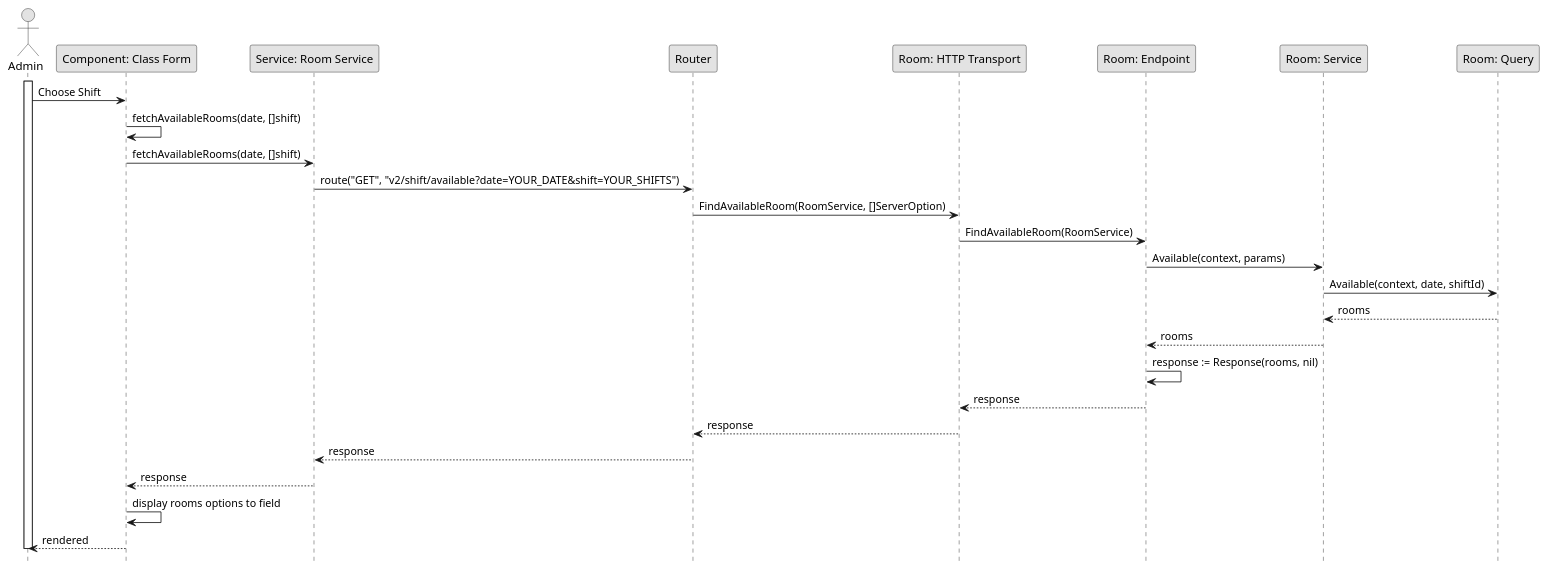
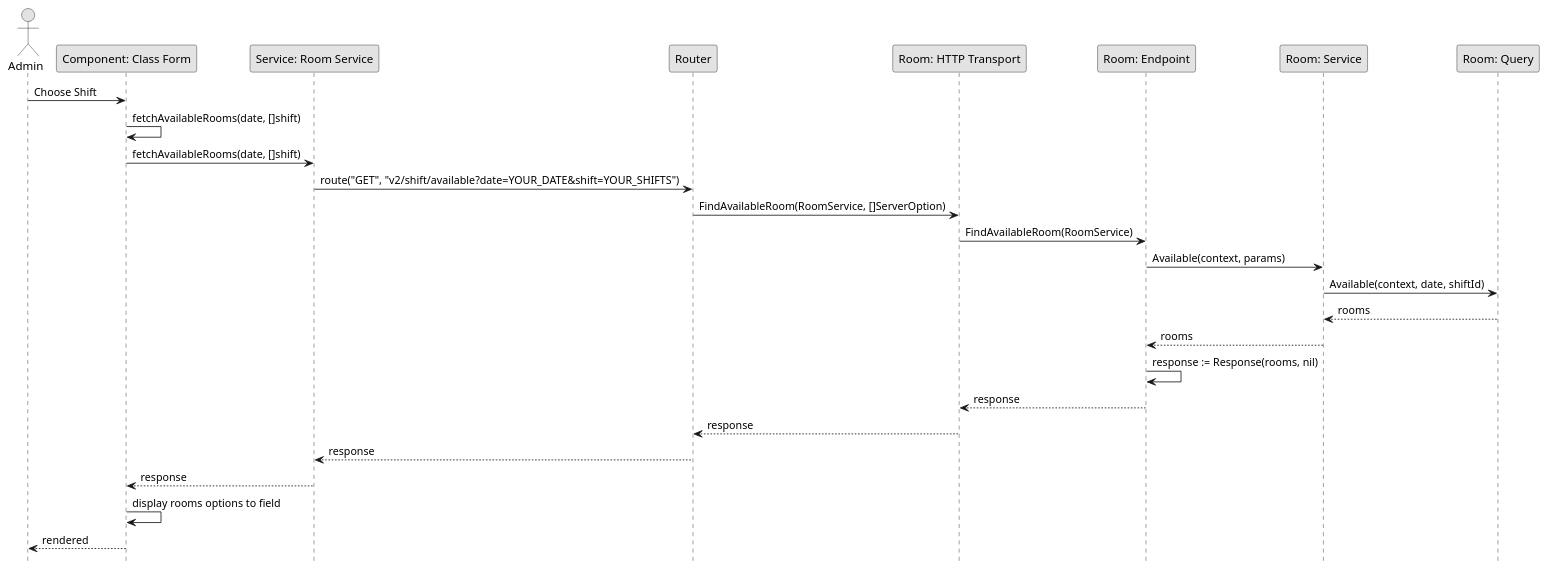
The diagram in Sequence/Release02/GetRoomAvailable.wsd (fwidjaya20/fazzlearning-uml), drawn with PlantUML before and after one commit. The commit also changed 32 other files, not shown here.

Commit message:
fix(diagram): remove lifeline

```diff
--- a/Sequence/Release02/GetRoomAvailable.wsd
+++ b/Sequence/Release02/GetRoomAvailable.wsd
@@ -1,39 +1,35 @@
 @startuml GetRoomAvailable
 
 skinparam Monochrome true
 skinparam Shadowing false
 hide footbox
 
 actor Admin
 participant "Component: Class Form" as ClassForm
 participant "Service: Room Service" as FERoomService
 participant "Router" as Router
 participant "Room: HTTP Transport" as RoomHTTPTransport
 participant "Room: Endpoint" as RoomEndpoint
 participant "Room: Service" as RoomService
 participant "Room: Query" as RoomQuery
-
-activate Admin
 
 Admin->ClassForm: Choose Shift
 ClassForm->ClassForm: fetchAvailableRooms(date, []shift)
 ClassForm->FERoomService: fetchAvailableRooms(date, []shift)
 FERoomService->Router: route("GET", "v2/shift/available?date=YOUR_DATE&shift=YOUR_SHIFTS")
 Router->RoomHTTPTransport: FindAvailableRoom(RoomService, []ServerOption)
 RoomHTTPTransport->RoomEndpoint: FindAvailableRoom(RoomService)
 RoomEndpoint->RoomService: Available(context, params)
 
 RoomService->RoomQuery: Available(context, date, shiftId)
 RoomQuery-->RoomService: rooms
 RoomService-->RoomEndpoint: rooms
 RoomEndpoint->RoomEndpoint: response := Response(rooms, nil)
 RoomEndpoint-->RoomHTTPTransport: response
 RoomHTTPTransport-->Router: response
 Router-->FERoomService: response
 FERoomService-->ClassForm: response
 ClassForm->ClassForm: display rooms options to field
 ClassForm-->Admin: rendered
 
-deactivate Admin
-
 @enduml
```
